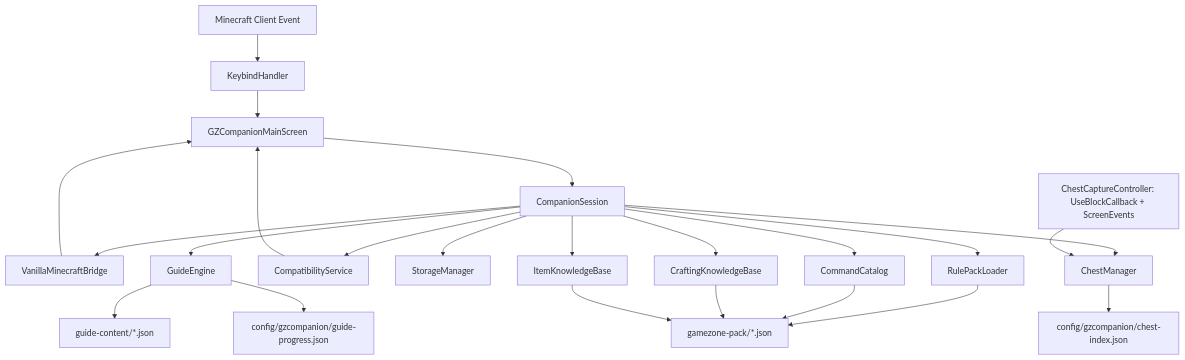
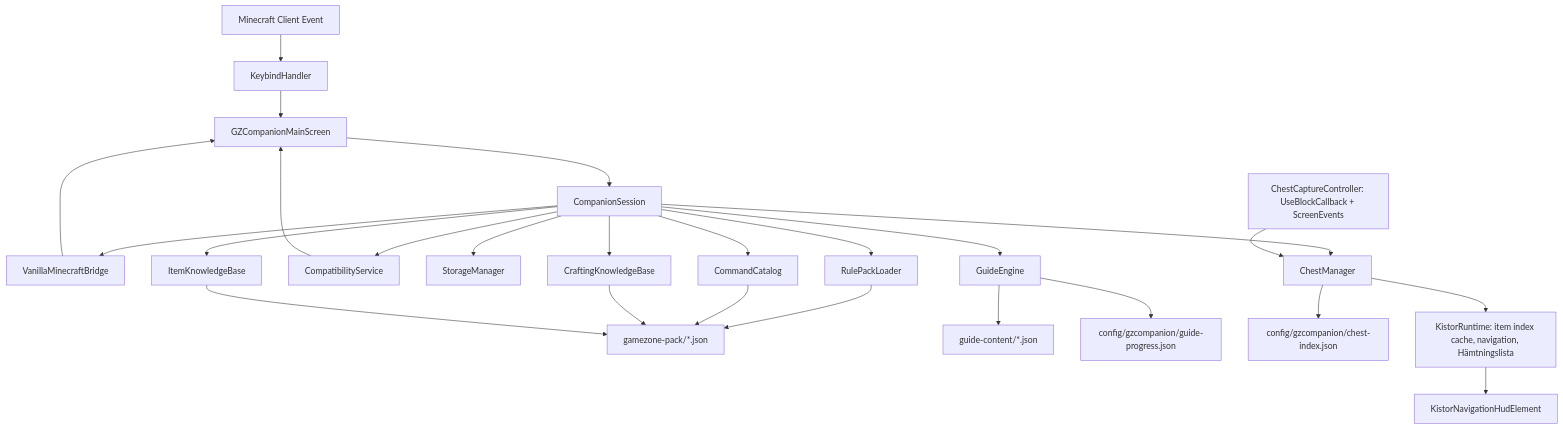
One commit to Jimmy7610/GZ-Companion changed the diagram in docs/ARCHITECTURE.md. Above: the diagram before and after it, drawn with Mermaid. The commit also changed other lines of this file and 80 other files, not shown here.

````diff
--- a/docs/ARCHITECTURE.md
+++ b/docs/ARCHITECTURE.md
@@ -115,25 +125,27 @@
 ```mermaid
 graph TD
     A[Minecraft Client Event] --> B[KeybindHandler]
     B --> C[GZCompanionMainScreen]
     C --> D[CompanionSession]
     D --> E[VanillaMinecraftBridge]
     D --> F[RulePackLoader]
     D --> G[CompatibilityService]
     D --> H[StorageManager]
     D --> J[GuideEngine]
     D --> M[ChestManager]
     D --> P[CommandCatalog]
     D --> Q[CraftingKnowledgeBase]
     D --> R[ItemKnowledgeBase]
     F --> I[gamezone-pack/*.json]
     J --> K[guide-content/*.json]
     J --> L[config/gzcompanion/guide-progress.json]
     M --> N[config/gzcompanion/chest-index.json]
     N2[ChestCaptureController: UseBlockCallback + ScreenEvents] --> M
+    M --> KR[KistorRuntime: item index cache, navigation, Hämtningslista]
+    KR --> HUD[KistorNavigationHudElement]
     P --> I
     Q --> I
     R --> I
     G --> C
     E --> C
 ```
````
